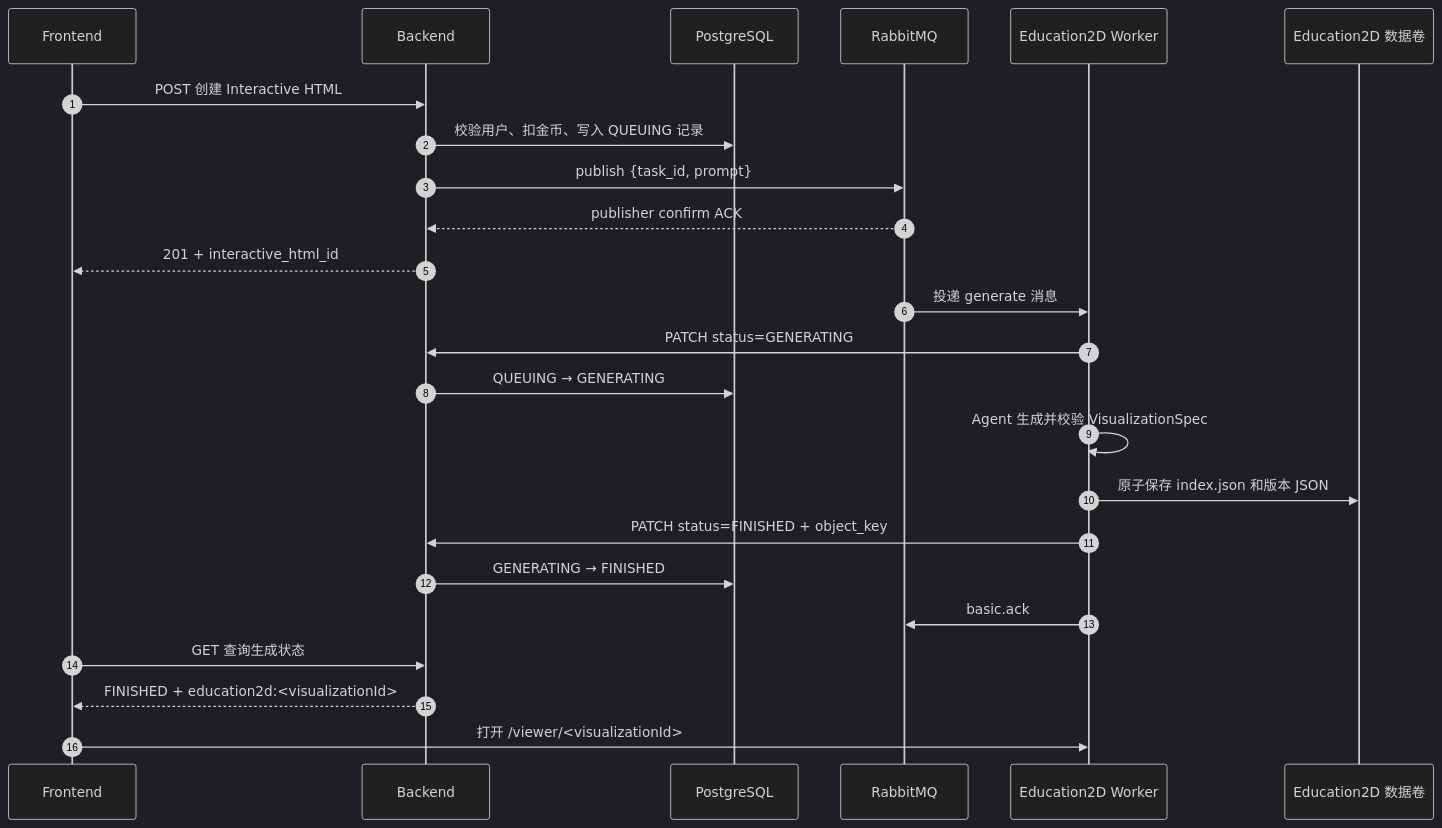
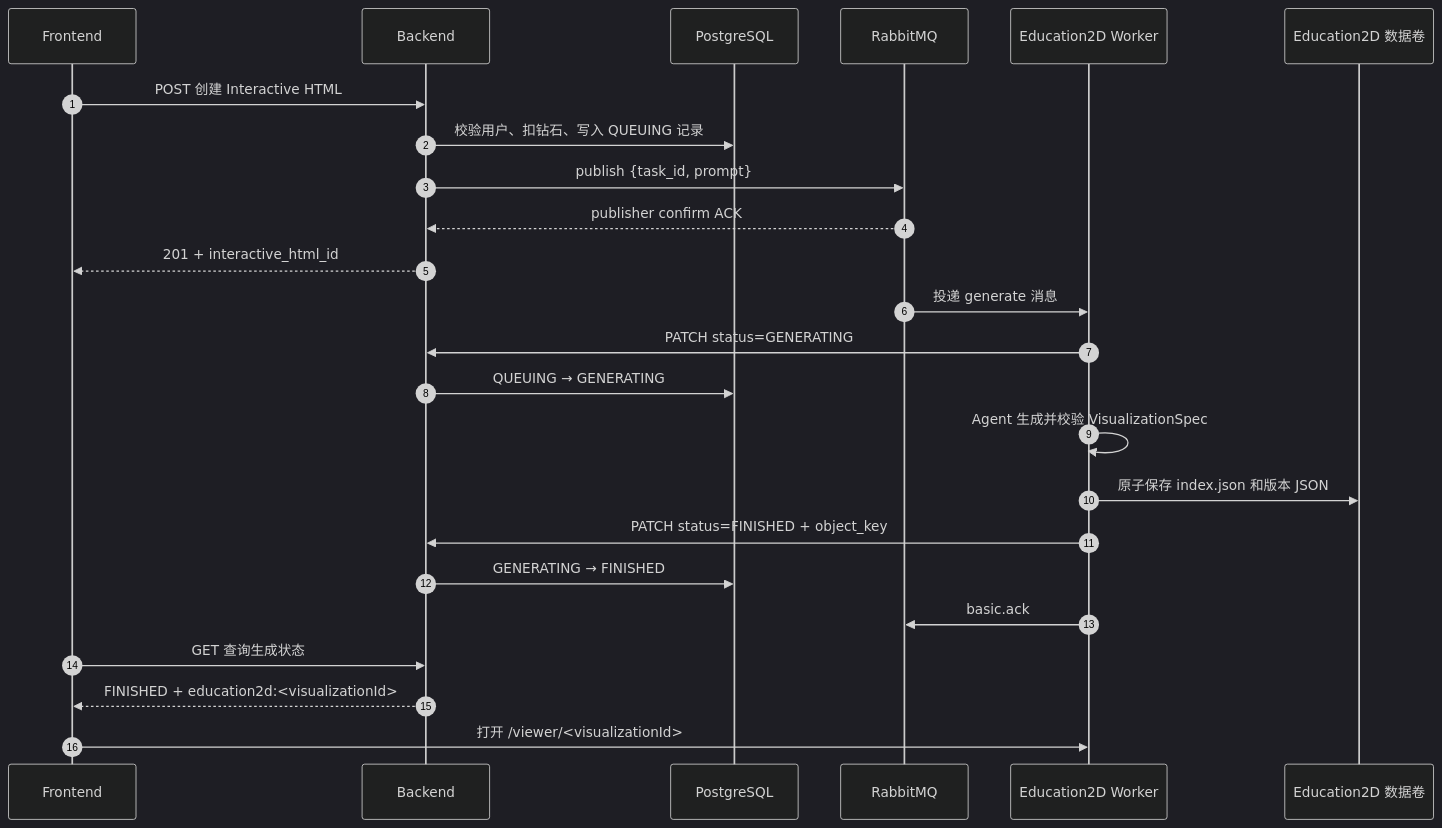
Before and after one commit to wcxxx57/Software-Engineering: the first of 3 diagrams in docs/EDUCATION2D_RABBITMQ_INTEGRATION.md, drawn with Mermaid (dark theme). The commit also changed other lines of this file and 25 other files, not shown here.

````diff
--- a/docs/EDUCATION2D_RABBITMQ_INTEGRATION.md
+++ b/docs/EDUCATION2D_RABBITMQ_INTEGRATION.md
@@ -26,29 +26,29 @@
 ```mermaid
 sequenceDiagram
     autonumber
     participant FE as Frontend
     participant BE as Backend
     participant DB as PostgreSQL
     participant MQ as RabbitMQ
     participant E2D as Education2D Worker
     participant FS as Education2D 数据卷
 
     FE->>BE: POST 创建 Interactive HTML
-    BE->>DB: 校验用户、扣金币、写入 QUEUING 记录
+    BE->>DB: 校验用户、扣钻石、写入 QUEUING 记录
     BE->>MQ: publish {task_id, prompt}
     MQ-->>BE: publisher confirm ACK
     BE-->>FE: 201 + interactive_html_id
 
     MQ->>E2D: 投递 generate 消息
     E2D->>BE: PATCH status=GENERATING
     BE->>DB: QUEUING → GENERATING
     E2D->>E2D: Agent 生成并校验 VisualizationSpec
     E2D->>FS: 原子保存 index.json 和版本 JSON
     E2D->>BE: PATCH status=FINISHED + object_key
     BE->>DB: GENERATING → FINISHED
     E2D->>MQ: basic.ack
 
     FE->>BE: GET 查询生成状态
     BE-->>FE: FINISHED + education2d:<visualizationId>
     FE->>E2D: 打开 /viewer/<visualizationId>
 ```
````
